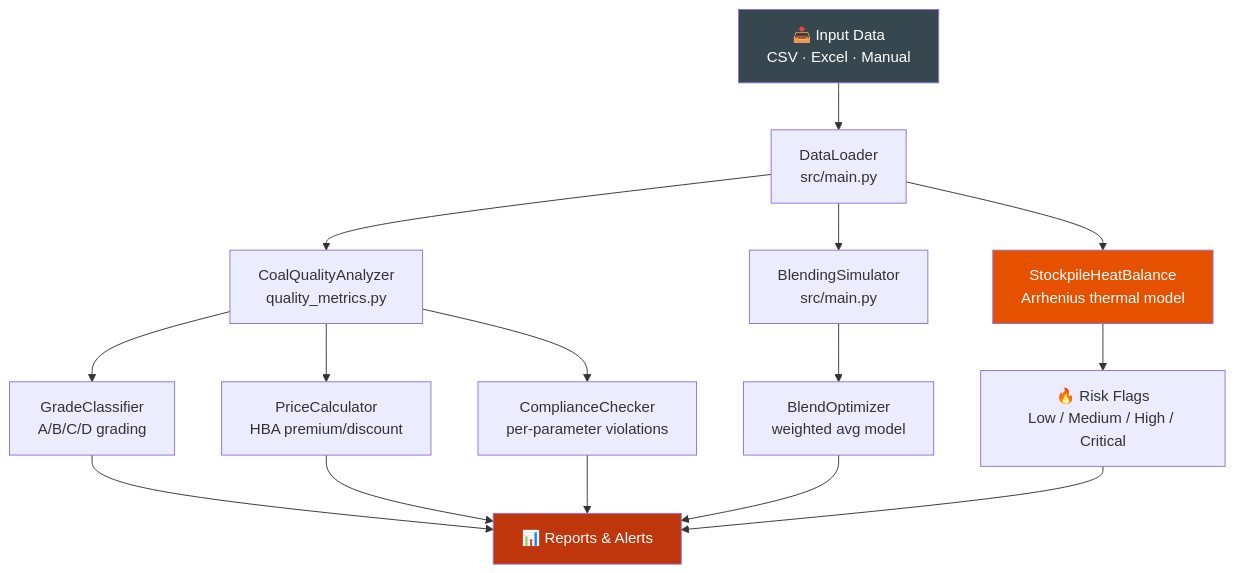
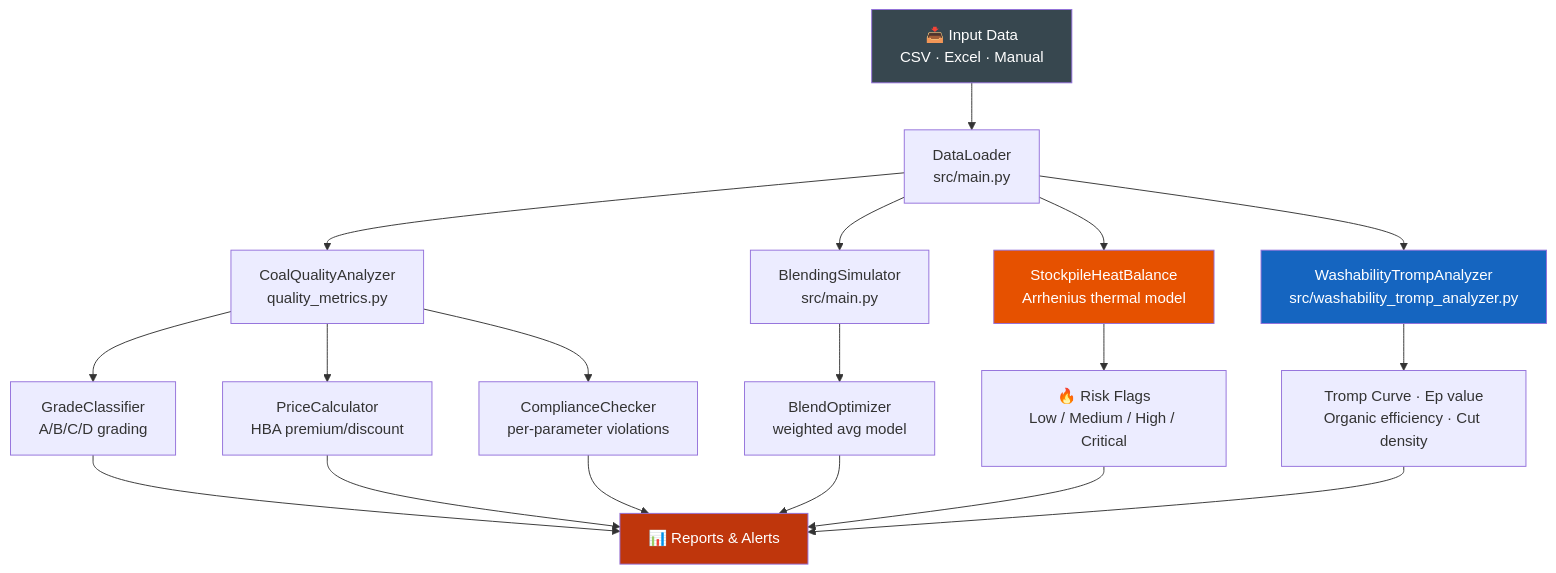
The diagram in README.md (achmadnaufal/coal-quality-analyzer), drawn with Mermaid before and after one commit. The commit also changed other lines of this file, not shown here.

Commit message:
docs: add demo output, CLI usage, and architecture diagram

````diff
--- a/README.md
+++ b/README.md
@@ -113,26 +115,31 @@
 ```mermaid
 graph TD
     A[📥 Input Data<br/>CSV · Excel · Manual] --> B[DataLoader<br/>src/main.py]
     
     B --> C[CoalQualityAnalyzer<br/>quality_metrics.py]
     
     C --> D[GradeClassifier<br/>A/B/C/D grading]
     C --> E[PriceCalculator<br/>HBA premium/discount]
     C --> F[ComplianceChecker<br/>per-parameter violations]
     
     B --> G[BlendingSimulator<br/>src/main.py]
     G --> H[BlendOptimizer<br/>weighted avg model]
     
     B --> I[StockpileHeatBalance<br/>Arrhenius thermal model]
     I --> J[🔥 Risk Flags<br/>Low / Medium / High / Critical]
+
+    B --> W[WashabilityTrompAnalyzer<br/>src/washability_tromp_analyzer.py]
+    W --> X[Tromp Curve · Ep value<br/>Organic efficiency · Cut density]
     
     D --> K[📊 Reports & Alerts]
     E --> K
     F --> K
     H --> K
     J --> K
+    X --> K
 
     style A fill:#37474f,color:#fff
     style K fill:#bf360c,color:#fff
     style I fill:#e65100,color:#fff
+    style W fill:#1565c0,color:#fff
 ```
````
